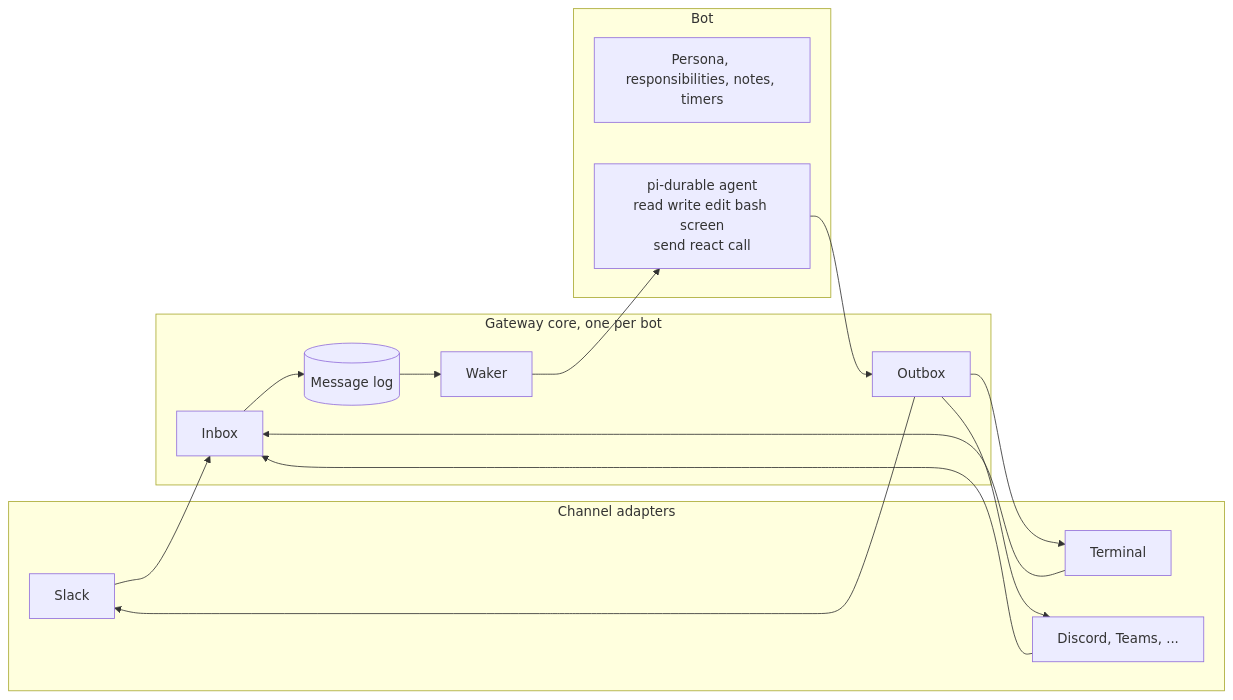
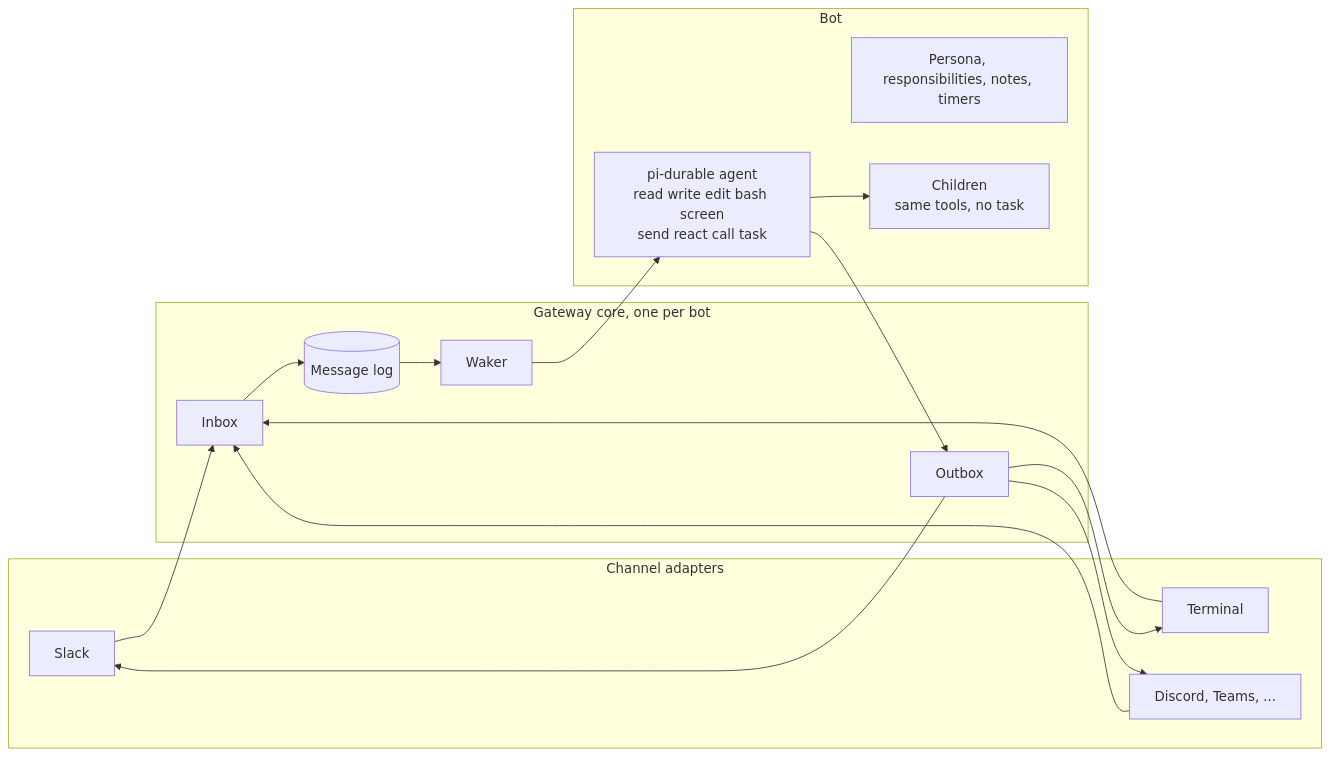
One commit to Crokily/pi-durable-bot changed the second of 2 diagrams in README.md. Above: the diagram before and after it, drawn with Mermaid. The commit also changed other lines of this file and 14 other files, not shown here.

````diff
--- a/README.md
+++ b/README.md
@@ -199,25 +208,27 @@
 ```mermaid
 flowchart LR
   subgraph Adapters[Channel adapters]
     S[Slack]
     T[Terminal]
     D[Discord, Teams, ...]
   end
   subgraph Gateway[Gateway core, one per bot]
     I[Inbox] --> G[(Message log)]
     G --> K[Waker]
     O[Outbox]
   end
   subgraph Bot[Bot]
     P[Persona, responsibilities, notes, timers]
-    A[pi-durable agent<br/>read write edit bash screen<br/>send react call]
+    A[pi-durable agent<br/>read write edit bash screen<br/>send react call task]
+    C[Children<br/>same tools, no task]
+    A --> C
   end
   S --> I
   T --> I
   D --> I
   K --> A
   A --> O
   O --> S
   O --> T
   O --> D
 ```
````
